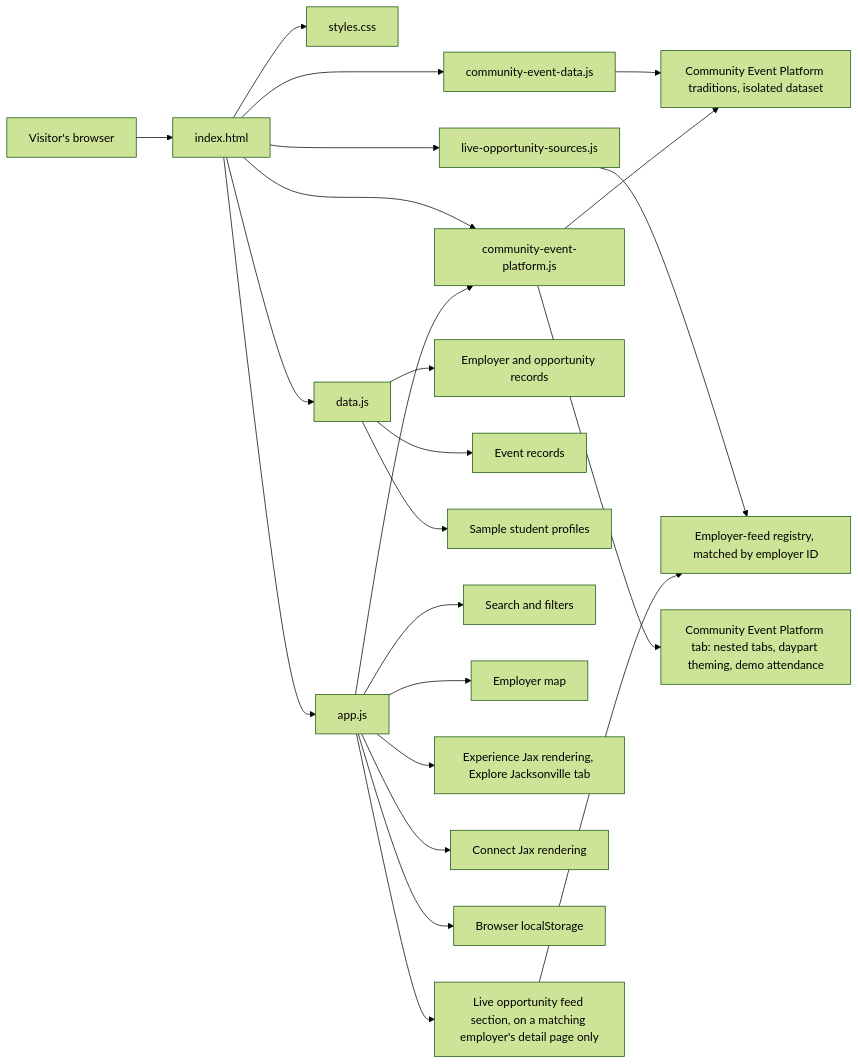
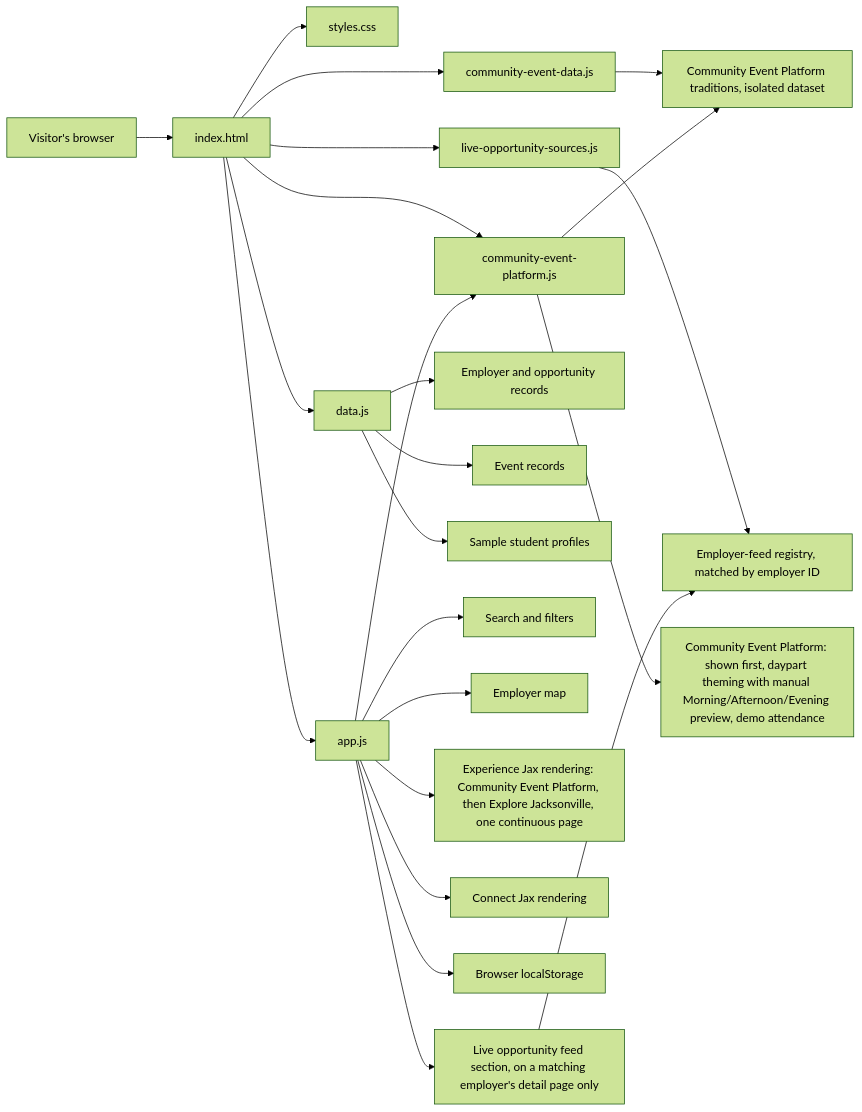
One commit to sunshinesmr9-ops/workjax changed the first of 2 diagrams in docs/architecture/current-state.md. Above: the diagram before and after it, drawn with Mermaid (forest theme). The commit also changed other lines of this file, not shown here.

````diff
--- a/docs/architecture/current-state.md
+++ b/docs/architecture/current-state.md
@@ -29,27 +29,27 @@
 ```mermaid
 flowchart LR
     A[Visitor's browser] --> B[index.html]
     B --> C[styles.css]
     B --> D[data.js]
     B --> CD[community-event-data.js]
     B --> DR[live-opportunity-sources.js]
     B --> CP[community-event-platform.js]
     B --> E[app.js]
 
     D --> F[Employer and opportunity records]
     D --> G[Event records]
     D --> H[Sample student profiles]
     CD --> CT[Community Event Platform traditions, isolated dataset]
     DR --> R[Employer-feed registry, matched by employer ID]
 
     E --> I[Search and filters]
     E --> J[Employer map]
-    E --> K[Experience Jax rendering, Explore Jacksonville tab]
+    E --> K[Experience Jax rendering: Community Event Platform, then Explore Jacksonville, one continuous page]
     E --> L[Connect Jax rendering]
     E --> M[Browser localStorage]
     E --> N[Live opportunity feed section, on a matching employer's detail page only]
     N --> R
     E --> CP
     CP --> CT
-    CP --> O[Community Event Platform tab: nested tabs, daypart theming, demo attendance]
+    CP --> O[Community Event Platform: shown first, daypart theming with manual Morning/Afternoon/Evening preview, demo attendance]
 ```
````
